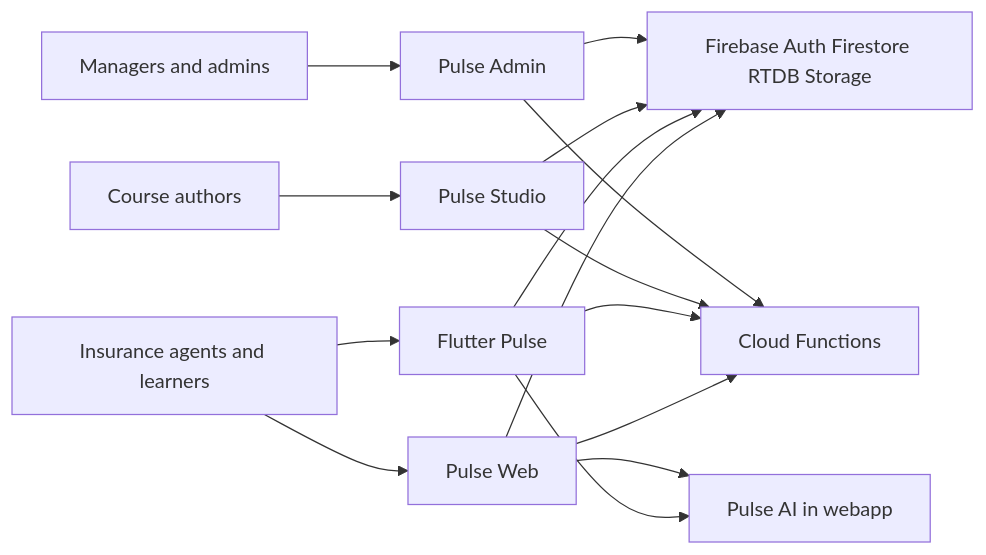
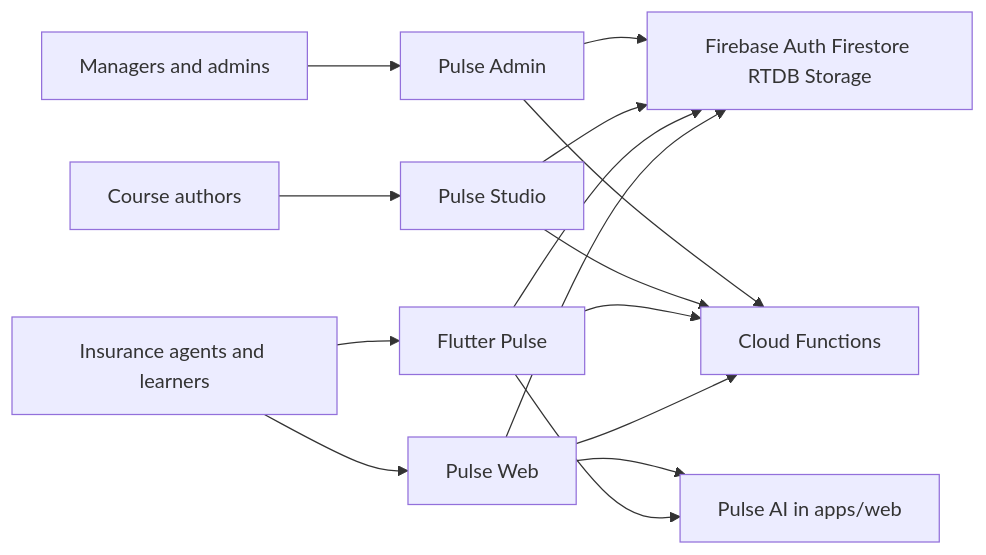
One commit to romerodiesan/everybenefits-flutter-app changed the diagram in docs/architecture/README.md. Above: the diagram before and after it, drawn with Mermaid. The commit also changed other lines of this file and 111 other files, not shown here.

````diff
--- a/docs/architecture/README.md
+++ b/docs/architecture/README.md
@@ -7,20 +22,20 @@
 ```mermaid
 flowchart LR
   Agents[Insurance agents and learners]
   Authors[Course authors]
   Ops[Managers and admins]
   Agents --> PulseWeb[Pulse Web]
   Agents --> Mobile[Flutter Pulse]
   Authors --> Studio[Pulse Studio]
   Ops --> Admin[Pulse Admin]
   PulseWeb --> Firebase[Firebase Auth Firestore RTDB Storage]
   Mobile --> Firebase
   Studio --> Firebase
   Admin --> Firebase
   PulseWeb --> Functions[Cloud Functions]
   Mobile --> Functions
   Studio --> Functions
   Admin --> Functions
-  Mobile --> AI[Pulse AI in webapp]
+  Mobile --> AI[Pulse AI in apps/web]
   PulseWeb --> AI
 ```
````
